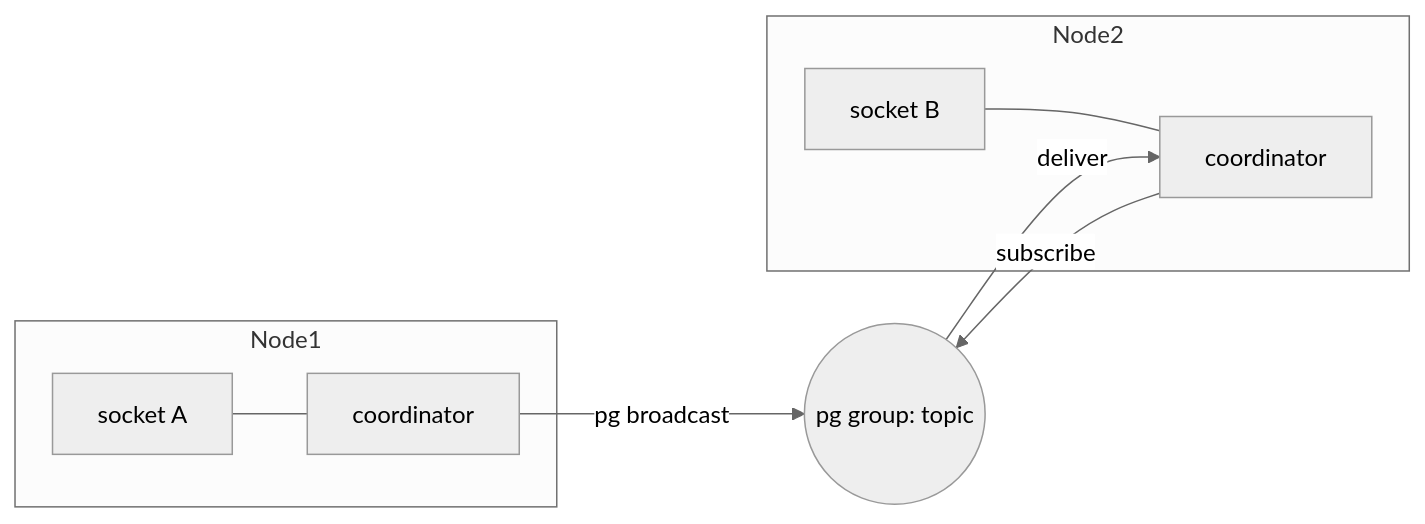
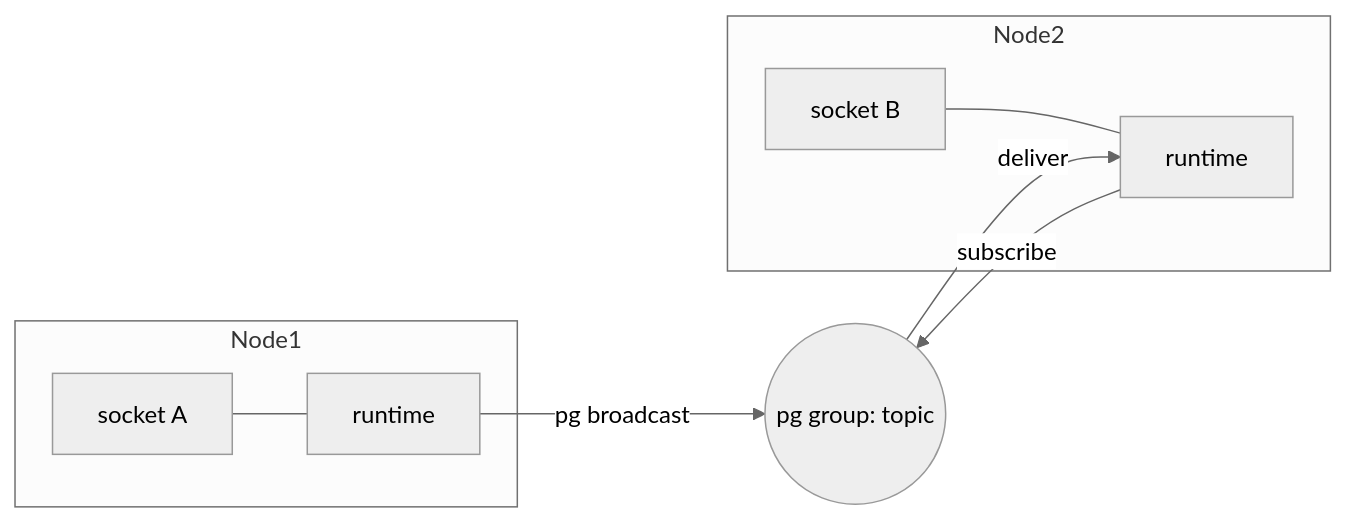
The diagram in website/src/content/docs/architecture/pubsub-and-distribution.md (tylerbutler/beryl), drawn with Mermaid (neutral theme) before and after one commit. The commit also changed other lines of this file and 21 other files, not shown here.

````diff
--- a/website/src/content/docs/architecture/pubsub-and-distribution.md
+++ b/website/src/content/docs/architecture/pubsub-and-distribution.md
@@ -54,12 +54,12 @@
 ```mermaid
 flowchart LR
   subgraph Node1
-    A[socket A] --- C1[coordinator]
+    A[socket A] --- C1[runtime]
   end
   subgraph Node2
-    B[socket B] --- C2[coordinator]
+    B[socket B] --- C2[runtime]
   end
   C1 -- pg broadcast --> PG((pg group: topic))
   C2 -- subscribe --> PG
   PG -- deliver --> C2
 ```
````
